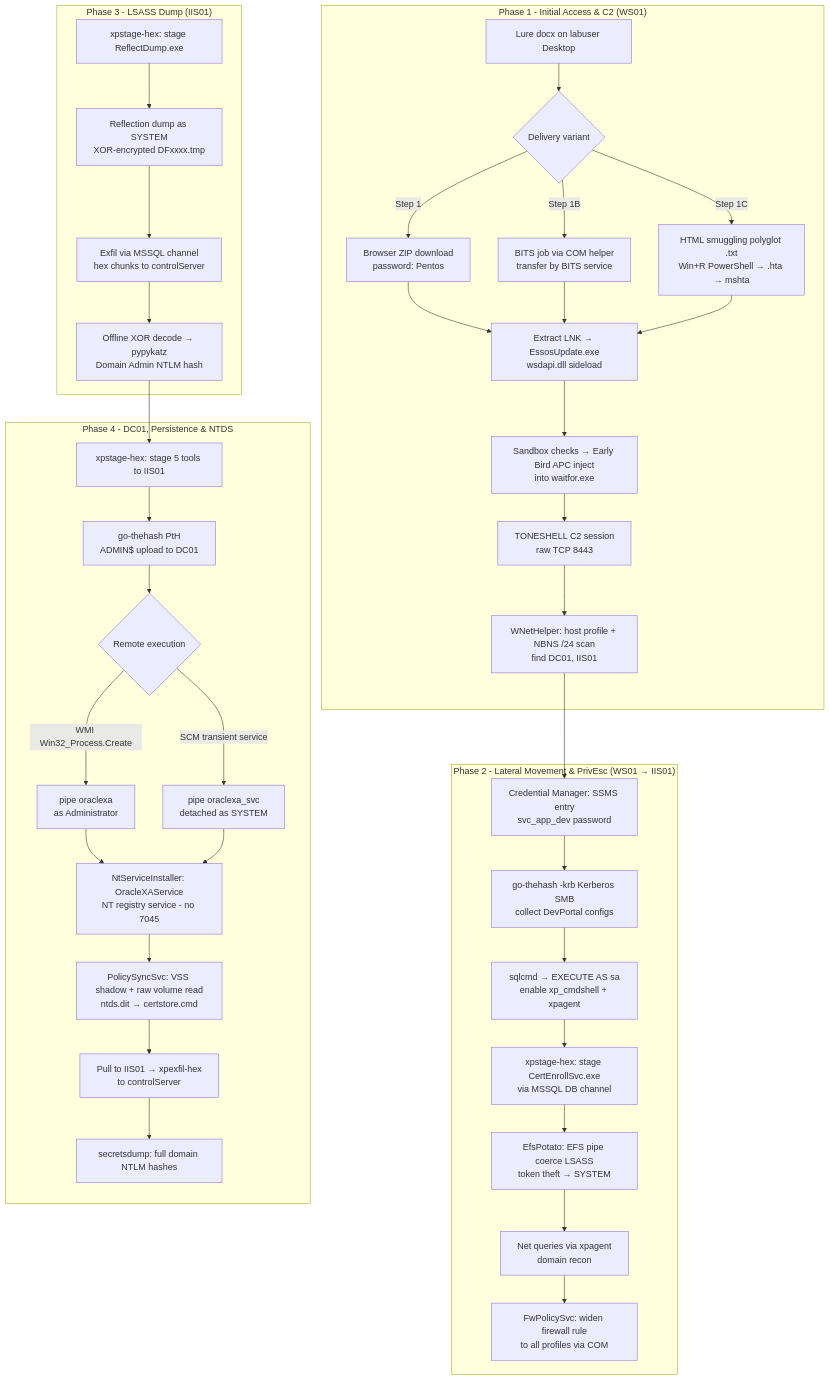
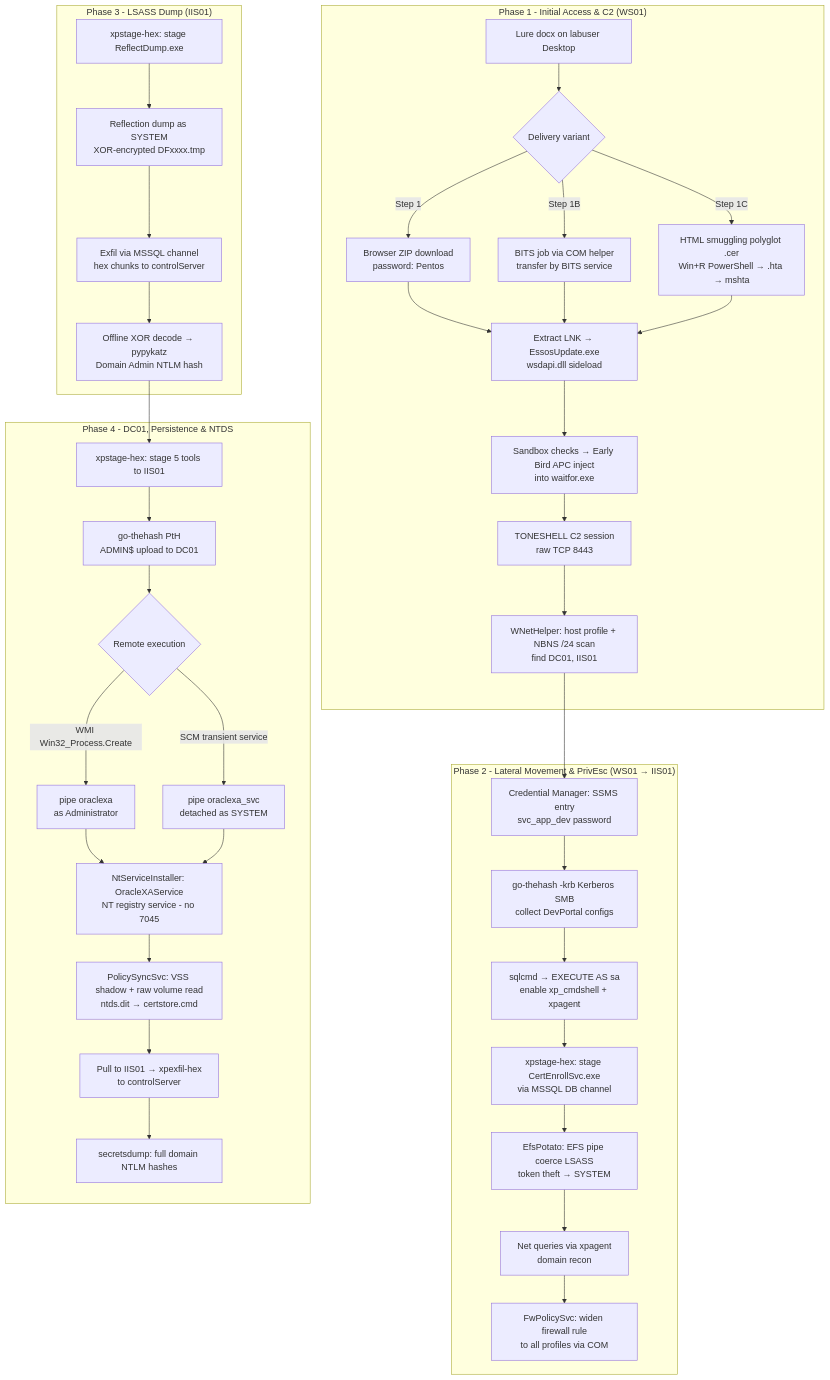
The diagram in testlab-enterprise/q3-plan/Emulation_Plan/Summary.md (uetsymphonique/testlab-ael), drawn with Mermaid before and after one commit. The commit also changed other lines of this file and 8 other files, not shown here.

````diff
--- a/testlab-enterprise/q3-plan/Emulation_Plan/Summary.md
+++ b/testlab-enterprise/q3-plan/Emulation_Plan/Summary.md
@@ -18,45 +18,45 @@
 ```mermaid
 flowchart TD
     subgraph P1["Phase 1 - Initial Access & C2 (WS01)"]
         A[Lure docx on labuser Desktop] --> B{Delivery variant}
         B -->|Step 1| C[Browser ZIP download<br/>password: Pentos]
         B -->|Step 1B| D[BITS job via COM helper<br/>transfer by BITS service]
-        B -->|Step 1C| E[HTML smuggling polyglot .txt<br/>Win+R PowerShell → .hta → mshta]
+        B -->|Step 1C| E[HTML smuggling polyglot .cer<br/>Win+R PowerShell → .hta → mshta]
         C --> F[Extract LNK → EssosUpdate.exe<br/>wsdapi.dll sideload]
         D --> F
         E --> F
         F --> G[Sandbox checks → Early Bird APC inject<br/>into waitfor.exe]
         G --> H[TONESHELL C2 session<br/>raw TCP 8443]
         H --> I[WNetHelper: host profile + NBNS /24 scan<br/>find DC01, IIS01]
     end
 
     subgraph P2["Phase 2 - Lateral Movement & PrivEsc (WS01 → IIS01)"]
         J[Credential Manager: SSMS entry<br/>svc_app_dev password] --> K[go-thehash -krb Kerberos SMB<br/>collect DevPortal configs]
         K --> L[sqlcmd → EXECUTE AS sa<br/>enable xp_cmdshell + xpagent]
         L --> M[xpstage-hex: stage CertEnrollSvc.exe<br/>via MSSQL DB channel]
         M --> N[EfsPotato: EFS pipe coerce LSASS<br/>token theft → SYSTEM]
         N --> O[Net queries via xpagent<br/>domain recon]
         O --> P[FwPolicySvc: widen firewall rule<br/>to all profiles via COM]
     end
 
     subgraph P3["Phase 3 - LSASS Dump (IIS01)"]
         Q[xpstage-hex: stage ReflectDump.exe] --> R[Reflection dump as SYSTEM<br/>XOR-encrypted DFxxxx.tmp]
         R --> S[Exfil via MSSQL channel<br/>hex chunks to controlServer]
         S --> T[Offline XOR decode → pypykatz<br/>Domain Admin NTLM hash]
     end
 
     subgraph P4["Phase 4 - DC01, Persistence & NTDS"]
         U[xpstage-hex: stage 5 tools to IIS01] --> V[go-thehash PtH<br/>ADMIN$ upload to DC01]
         V --> W{Remote execution}
         W -->|WMI Win32_Process.Create| X[pipe oraclexa<br/>as Administrator]
         W -->|SCM transient service| Y[pipe oraclexa_svc<br/>detached as SYSTEM]
         X --> Z[NtServiceInstaller: OracleXAService<br/>NT registry service - no 7045]
         Y --> Z
         Z --> AA[PolicySyncSvc: VSS shadow + raw volume read<br/>ntds.dit → certstore.cmd]
         AA --> AB[Pull to IIS01 → xpexfil-hex<br/>to controlServer]
         AB --> AC[secretsdump: full domain NTLM hashes]
     end
 
     I --> J
     T --> U
 ```
````
